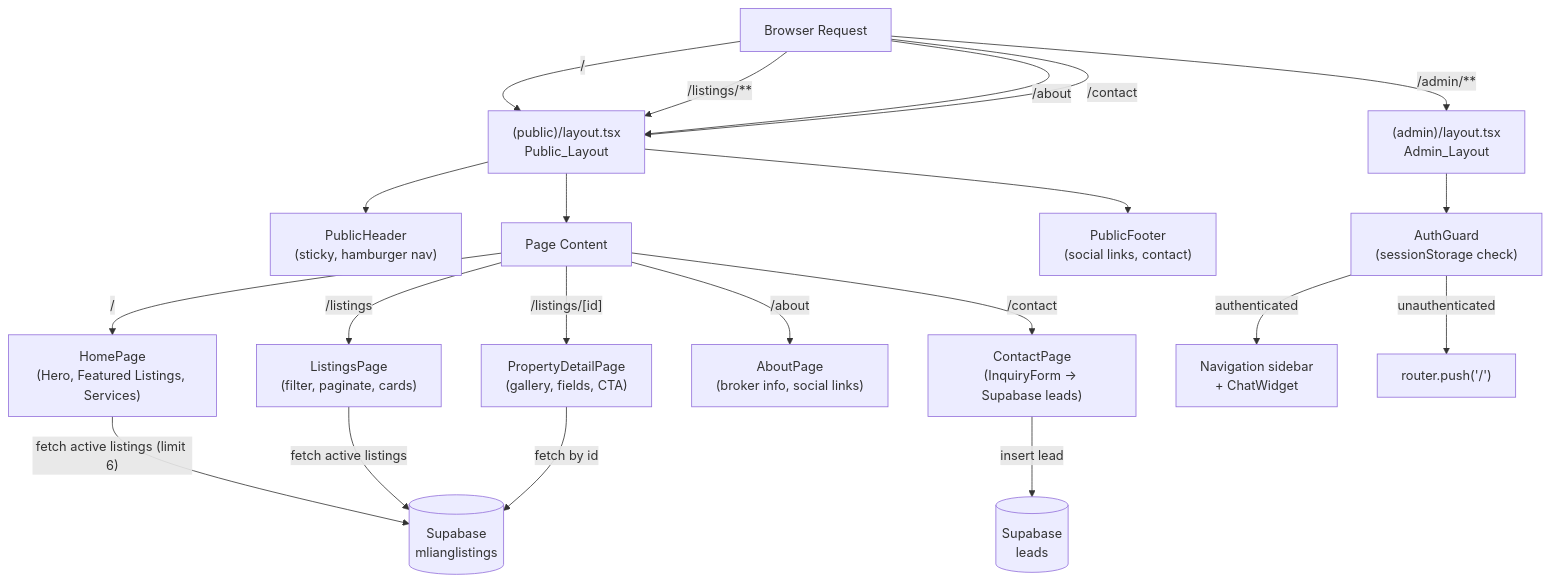
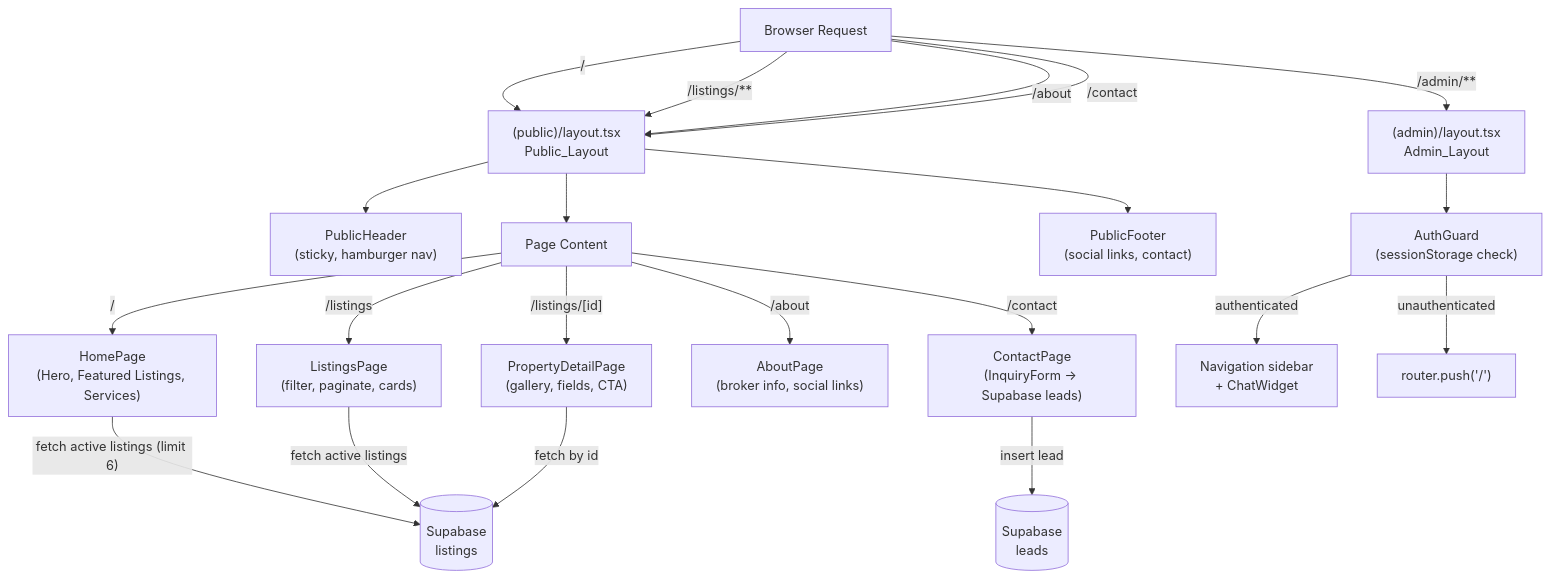
Before and after one commit to jdm-0126/mliangRealtyListings: the diagram in .kiro/specs/public-website/design.md, drawn with Mermaid. The commit also changed other lines of this file and 142 other files, not shown here.

````diff
--- a/.kiro/specs/public-website/design.md
+++ b/.kiro/specs/public-website/design.md
@@ -59,28 +59,28 @@
 ```mermaid
 graph TD
     Browser["Browser Request"]
     Browser --> |"/"|PubLayout["(public)/layout.tsx<br/>Public_Layout"]
     Browser --> |"/listings/**"|PubLayout
     Browser --> |"/about"|PubLayout
     Browser --> |"/contact"|PubLayout
     Browser --> |"/admin/**"|AdminLayout["(admin)/layout.tsx<br/>Admin_Layout"]
 
     PubLayout --> PublicHeader["PublicHeader<br/>(sticky, hamburger nav)"]
     PubLayout --> PageContent["Page Content"]
     PubLayout --> PublicFooter["PublicFooter<br/>(social links, contact)"]
 
     AdminLayout --> AuthGuard["AuthGuard<br/>(sessionStorage check)"]
     AuthGuard --> |authenticated| AdminNav["Navigation sidebar<br/>+ ChatWidget"]
     AuthGuard --> |unauthenticated| RedirectHome["router.push('/')"]
 
     PageContent --> |"/"| HomePage["HomePage<br/>(Hero, Featured Listings, Services)"]
     PageContent --> |"/listings"| ListingsPage["ListingsPage<br/>(filter, paginate, cards)"]
     PageContent --> |"/listings/[id]"| DetailPage["PropertyDetailPage<br/>(gallery, fields, CTA)"]
     PageContent --> |"/about"| AboutPage["AboutPage<br/>(broker info, social links)"]
     PageContent --> |"/contact"| ContactPage["ContactPage<br/>(InquiryForm → Supabase leads)"]
 
-    HomePage --> |"fetch active listings (limit 6)"| Supabase[(Supabase<br/>mlianglistings)]
+    HomePage --> |"fetch active listings (limit 6)"| Supabase[(Supabase<br/>listings)]
     ListingsPage --> |"fetch active listings"| Supabase
     DetailPage --> |"fetch by id"| Supabase
     ContactPage --> |"insert lead"| SupabaseLeads[(Supabase<br/>leads)]
 ```
````
